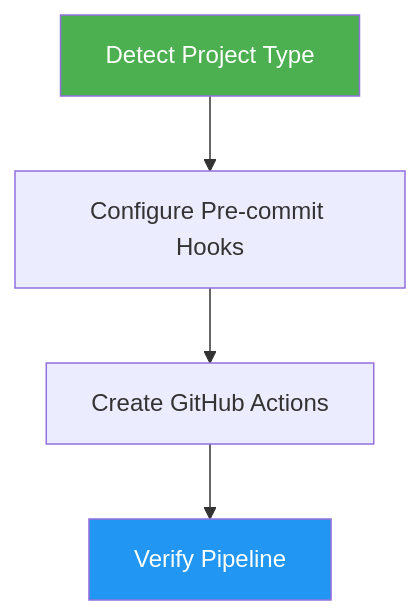
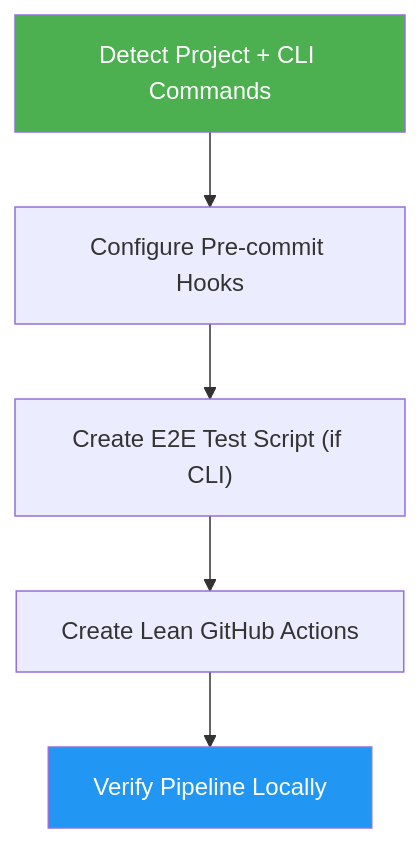
One commit to luongnv89/skills changed the diagram in skills/devops-pipeline/README.md. Above: the diagram before and after it, drawn with Mermaid. The commit also changed other lines of this file and 3 other files, not shown here.

First line of the commit message:
feat(devops-pipeline): shift-left testing — maximize pre-commit coverage, lean CI (v2.0.0)

````diff
--- a/skills/devops-pipeline/README.md
+++ b/skills/devops-pipeline/README.md
@@ -23,8 +24,9 @@
 ```mermaid
 graph TD
-    A["Detect Project Type"] --> B["Configure Pre-commit Hooks"]
-    B --> C["Create GitHub Actions"]
-    C --> D["Verify Pipeline"]
+    A["Detect Project + CLI Commands"] --> B["Configure Pre-commit Hooks"]
+    B --> C["Create E2E Test Script (if CLI)"]
+    C --> D["Create Lean GitHub Actions"]
+    D --> E["Verify Pipeline Locally"]
     style A fill:#4CAF50,color:#fff
-    style D fill:#2196F3,color:#fff
+    style E fill:#2196F3,color:#fff
 ```
````
